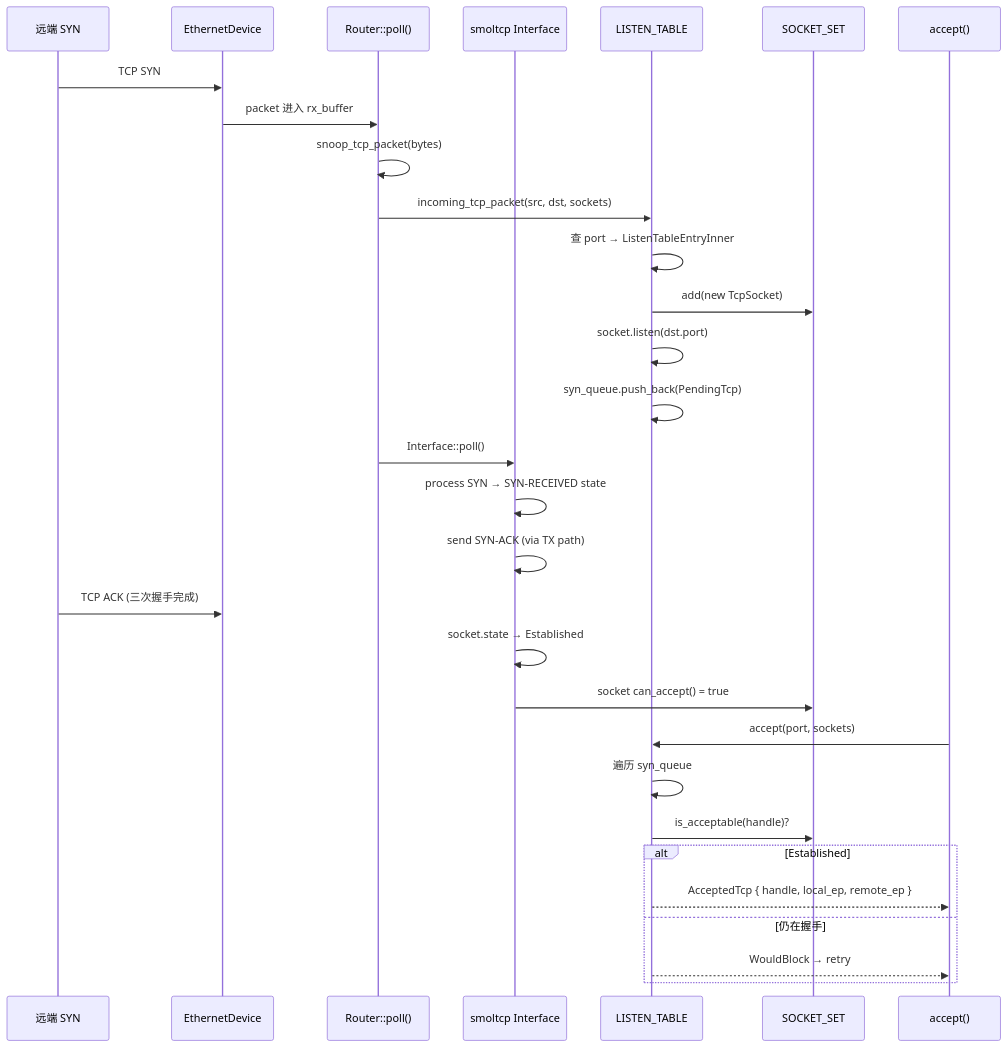
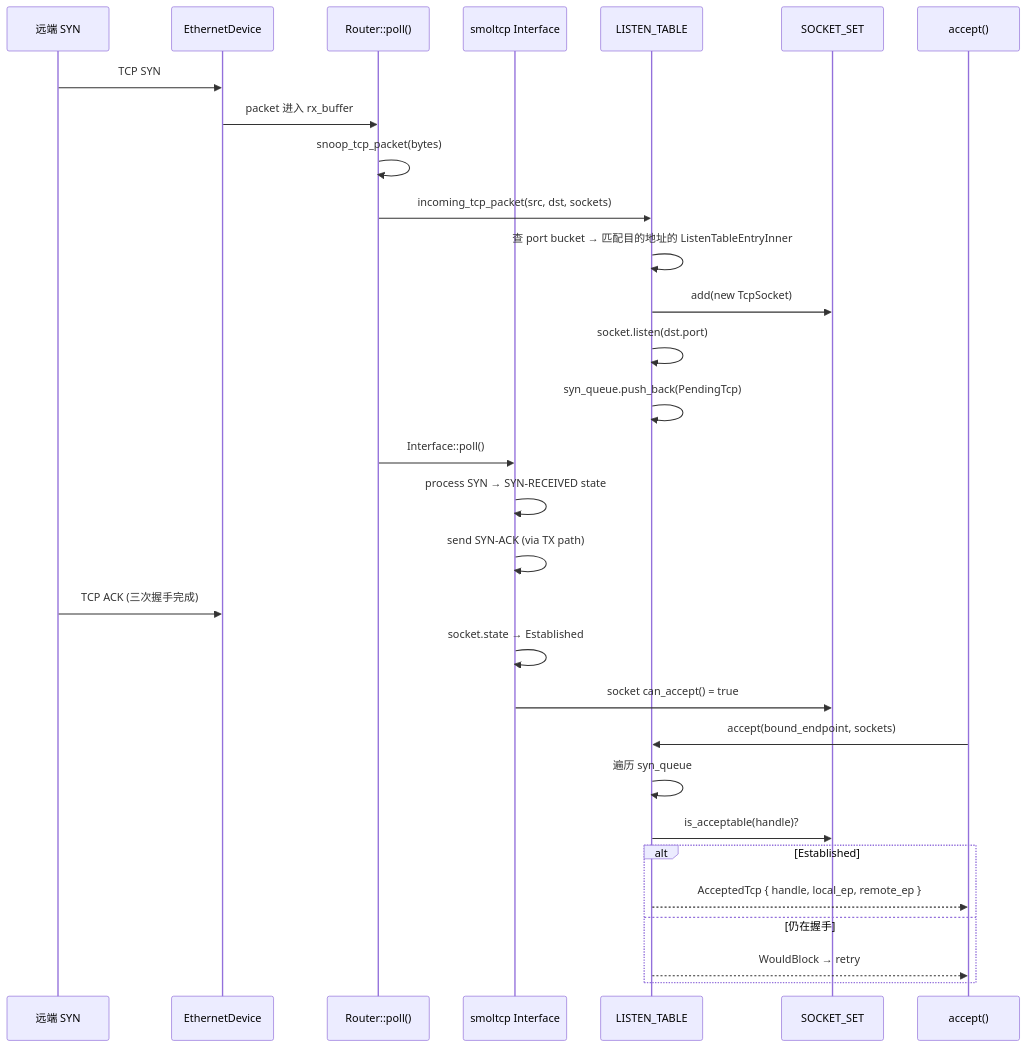
Before and after one commit to rcore-os/tgoskits: the ninth of 9 diagrams in docs/docs/architecture/net/flows.md, drawn with Mermaid. The commit also changed other lines of this file and 11 other files, not shown here.

Commit message:
docs(net): restructure architecture docs into focused topics and reflect inline queue changes

````diff
--- a/docs/docs/architecture/net/flows.md
+++ b/docs/docs/architecture/net/flows.md
@@ -1028,36 +1032,36 @@
 ```mermaid
 sequenceDiagram
     participant Remote as 远端 SYN
     participant Eth as EthernetDevice
     participant Router as Router::poll()
     participant Smol as smoltcp Interface
     participant ListenTbl as LISTEN_TABLE
     participant SockSet as SOCKET_SET
     participant App as accept()
 
     Remote->>Eth: TCP SYN
     Eth->>Router: packet 进入 rx_buffer
     Router->>Router: snoop_tcp_packet(bytes)
     Router->>ListenTbl: incoming_tcp_packet(src, dst, sockets)
-    ListenTbl->>ListenTbl: 查 port → ListenTableEntryInner
+    ListenTbl->>ListenTbl: 查 port bucket → 匹配目的地址的 ListenTableEntryInner
     ListenTbl->>SockSet: add(new TcpSocket)
     ListenTbl->>ListenTbl: socket.listen(dst.port)
     ListenTbl->>ListenTbl: syn_queue.push_back(PendingTcp)
 
     Router->>Smol: Interface::poll()
     Smol->>Smol: process SYN → SYN-RECEIVED state
     Smol->>Smol: send SYN-ACK (via TX path)
 
     Remote->>Eth: TCP ACK (三次握手完成)
     Smol->>Smol: socket.state → Established
     Smol->>SockSet: socket can_accept() = true
 
-    App->>ListenTbl: accept(port, sockets)
+    App->>ListenTbl: accept(bound_endpoint, sockets)
     ListenTbl->>ListenTbl: 遍历 syn_queue
     ListenTbl->>SockSet: is_acceptable(handle)?
     alt Established
         ListenTbl-->>App: AcceptedTcp { handle, local_ep, remote_ep }
     else 仍在握手
         ListenTbl-->>App: WouldBlock → retry
     end
 ```
````
